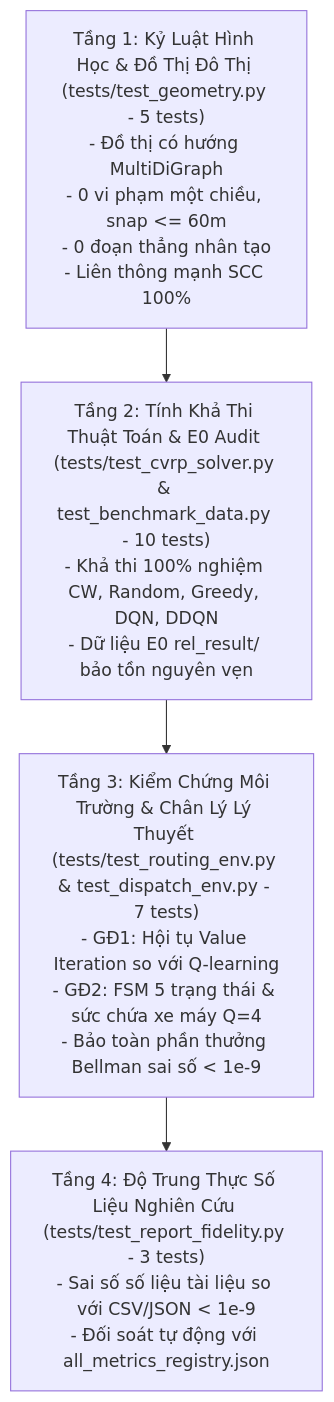
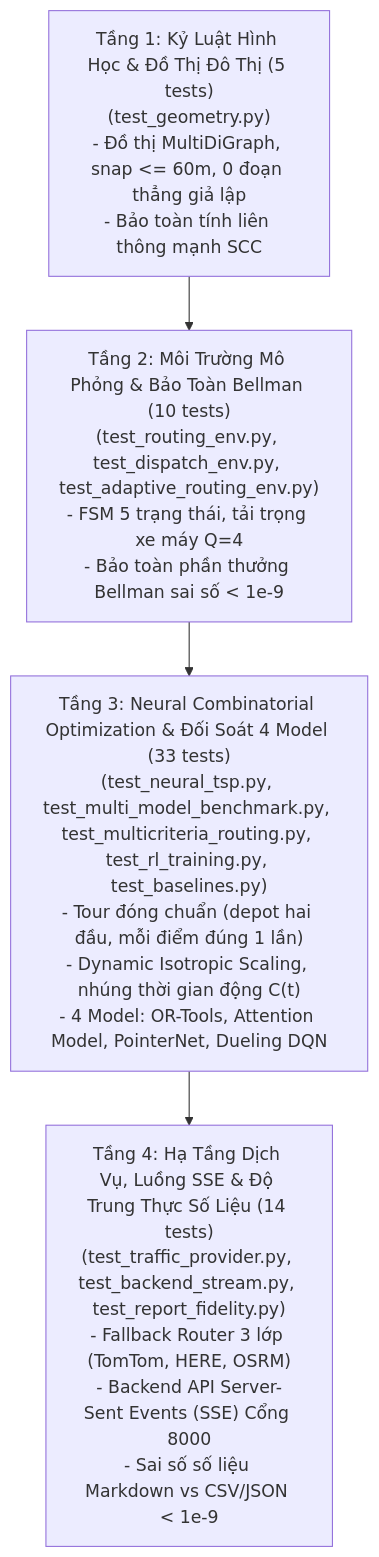
Before and after one commit to philipsgn/HotWAY: the diagram in TESTING.md, drawn with Mermaid. The commit also changed other lines of this file and 8 other files, not shown here.

````diff
--- a/TESTING.md
+++ b/TESTING.md
@@ -12,9 +12,9 @@
 ```mermaid
 flowchart TD
-    T1["Tầng 1: Kỷ Luật Hình Học & Đồ Thị Đô Thị (tests/test_geometry.py - 5 tests)\n- Đồ thị có hướng MultiDiGraph\n- 0 vi phạm một chiều, snap <= 60m\n- 0 đoạn thẳng nhân tạo\n- Liên thông mạnh SCC 100%"]
-    T2["Tầng 2: Tính Khả Thi Thuật Toán & E0 Audit (tests/test_cvrp_solver.py & test_benchmark_data.py - 10 tests)\n- Khả thi 100% nghiệm CW, Random, Greedy, DQN, DDQN\n- Dữ liệu E0 rel_result/ bảo tồn nguyên vẹn"]
-    T3["Tầng 3: Kiểm Chứng Môi Trường & Chân Lý Lý Thuyết (tests/test_routing_env.py & test_dispatch_env.py - 7 tests)\n- GĐ1: Hội tụ Value Iteration so với Q-learning\n- GĐ2: FSM 5 trạng thái & sức chứa xe máy Q=4\n- Bảo toàn phần thưởng Bellman sai số < 1e-9"]
-    T4["Tầng 4: Độ Trung Thực Số Liệu Nghiên Cứu (tests/test_report_fidelity.py - 3 tests)\n- Sai số số liệu tài liệu so với CSV/JSON < 1e-9\n- Đối soát tự động với all_metrics_registry.json"]
+    T1["Tầng 1: Kỷ Luật Hình Học & Đồ Thị Đô Thị (5 tests)\n(test_geometry.py)\n- Đồ thị MultiDiGraph, snap <= 60m, 0 đoạn thẳng giả lập\n- Bảo toàn tính liên thông mạnh SCC"]
+    T2["Tầng 2: Môi Trường Mô Phỏng & Bảo Toàn Bellman (10 tests)\n(test_routing_env.py, test_dispatch_env.py, test_adaptive_routing_env.py)\n- FSM 5 trạng thái, tải trọng xe máy Q=4\n- Bảo toàn phần thưởng Bellman sai số < 1e-9"]
+    T3["Tầng 3: Neural Combinatorial Optimization & Đối Soát 4 Model (33 tests)\n(test_neural_tsp.py, test_multi_model_benchmark.py, test_multicriteria_routing.py, test_rl_training.py, test_baselines.py)\n- Tour đóng chuẩn (depot hai đầu, mỗi điểm đúng 1 lần)\n- Dynamic Isotropic Scaling, nhúng thời gian động C(t)\n- 4 Model: OR-Tools, Attention Model, PointerNet, Dueling DQN"]
+    T4["Tầng 4: Hạ Tầng Dịch Vụ, Luồng SSE & Độ Trung Thực Số Liệu (14 tests)\n(test_traffic_provider.py, test_backend_stream.py, test_report_fidelity.py)\n- Fallback Router 3 lớp (TomTom, HERE, OSRM)\n- Backend API Server-Sent Events (SSE) Cổng 8000\n- Sai số số liệu Markdown vs CSV/JSON < 1e-9"]
 
     T1 --> T2 --> T3 --> T4
 ```
````
